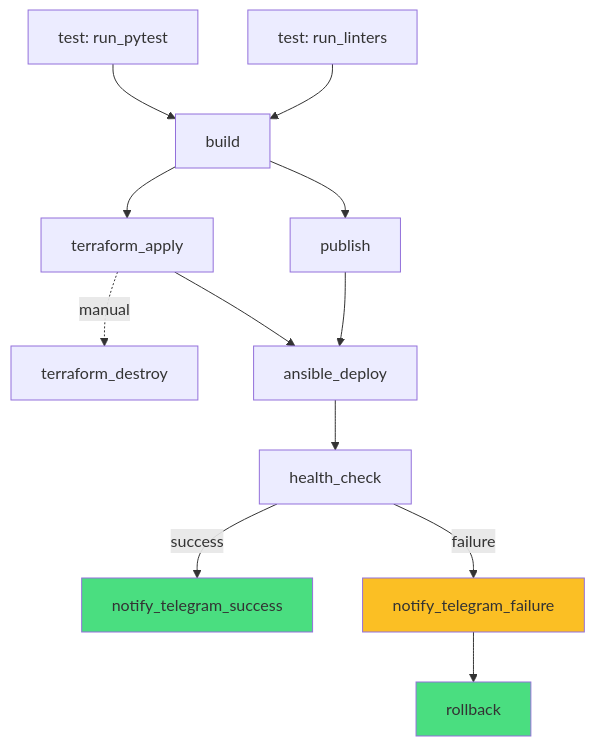
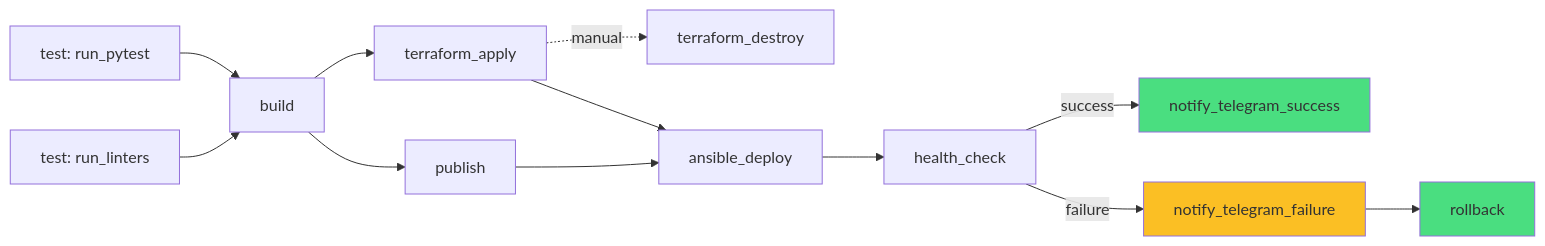
The diagram in README.md (AlexeyKuzko/devops_diploma), drawn with Mermaid before and after one commit. The commit also changed other lines of this file and 9 other files, not shown here.

````diff
--- a/README.md
+++ b/README.md
@@ -44,21 +43,21 @@
 ```mermaid
-flowchart TD
+flowchart LR
     A[test: run_linters] --> C[build]
     B[test: run_pytest] --> C
 
     C --> D[publish]
     C --> E[terraform_apply]
     E -. manual .-> K[terraform_destroy]
 
     D --> F[ansible_deploy]
     E --> F
     F --> G[health_check]
 
     G -->|success| L[notify_telegram_success]
     G -->|failure| I[notify_telegram_failure]
     I --> M[rollback]
 
     style L fill:#4ade80
     style M fill:#4ade80
     style I fill:#fbbf24
 ```
````
